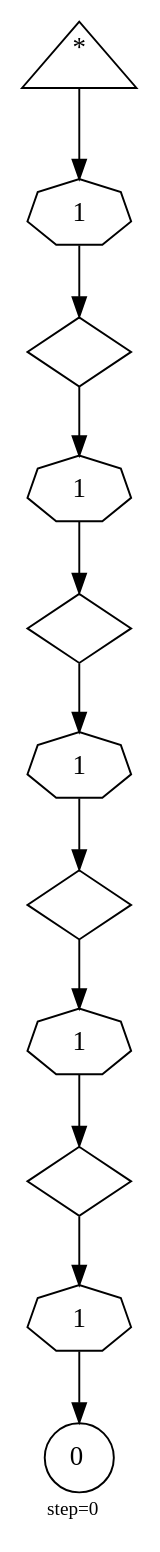
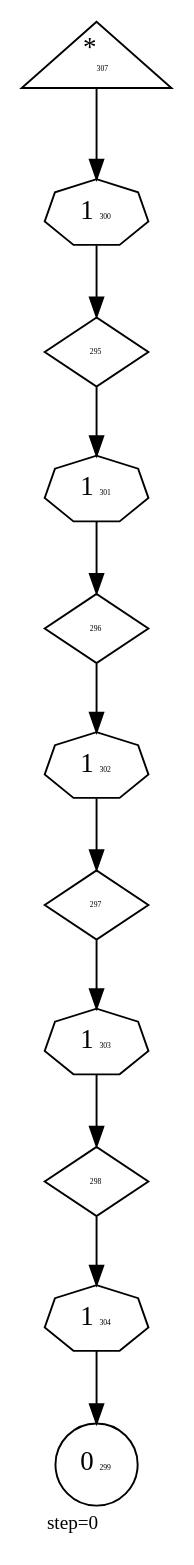
Before and after one commit to abarbu/machinations: the diagram in ours/101-objects/0040.dot, drawn with Graphviz. The commit also changed 824 other files, not shown here.

```diff
--- a/ours/101-objects/0040.dot
+++ b/ours/101-objects/0040.dot
@@ -1,24 +1,24 @@
 digraph {
   graph  [labelloc=bottom,labeljust=left,fontsize="10",label="step=0"];
-  "295" [shape=diamond,peripheries="1",label="",labelfontcolor=black,color=black];
-  "296" [shape=diamond,peripheries="1",label="",labelfontcolor=black,color=black];
-  "297" [shape=diamond,peripheries="1",label="",labelfontcolor=black,color=black];
-  "298" [shape=diamond,peripheries="1",label="",labelfontcolor=black,color=black];
-  "299" [shape=circle,peripheries="1",label=<0>,labelfontcolor=black,color=black];
-  "307" [shape=triangle,peripheries="1",label=<<SUP>*</SUP>>,labelfontcolor=black,color=black];
-  "300" [label=<1>,peripheries="1",color=black,shape=septagon];
+  "295" [shape=diamond,peripheries="1",label=<<FONT POINT-SIZE='4'>295</FONT>>,labelfontcolor=black,color=black];
+  "296" [shape=diamond,peripheries="1",label=<<FONT POINT-SIZE='4'>296</FONT>>,labelfontcolor=black,color=black];
+  "297" [shape=diamond,peripheries="1",label=<<FONT POINT-SIZE='4'>297</FONT>>,labelfontcolor=black,color=black];
+  "298" [shape=diamond,peripheries="1",label=<<FONT POINT-SIZE='4'>298</FONT>>,labelfontcolor=black,color=black];
+  "299" [shape=circle,peripheries="1",label=<0<FONT POINT-SIZE='4'>299</FONT>>,labelfontcolor=black,color=black];
+  "307" [shape=triangle,peripheries="1",label=<<SUP>*</SUP><FONT POINT-SIZE='4'>307</FONT>>,labelfontcolor=black,color=black];
+  "300" [label=<1<FONT POINT-SIZE='4'>300</FONT>>,peripheries="1",color=black,shape=septagon];
   "307" -> "300" [color=black];
   "300" -> "295" [color=black];
-  "301" [label=<1>,peripheries="1",color=black,shape=septagon];
+  "301" [label=<1<FONT POINT-SIZE='4'>301</FONT>>,peripheries="1",color=black,shape=septagon];
   "295" -> "301" [color=black];
   "301" -> "296" [color=black];
-  "302" [label=<1>,peripheries="1",color=black,shape=septagon];
+  "302" [label=<1<FONT POINT-SIZE='4'>302</FONT>>,peripheries="1",color=black,shape=septagon];
   "296" -> "302" [color=black];
   "302" -> "297" [color=black];
-  "303" [label=<1>,peripheries="1",color=black,shape=septagon];
+  "303" [label=<1<FONT POINT-SIZE='4'>303</FONT>>,peripheries="1",color=black,shape=septagon];
   "297" -> "303" [color=black];
   "303" -> "298" [color=black];
-  "304" [label=<1>,peripheries="1",color=black,shape=septagon];
+  "304" [label=<1<FONT POINT-SIZE='4'>304</FONT>>,peripheries="1",color=black,shape=septagon];
   "298" -> "304" [color=black];
   "304" -> "299" [color=black];
 }
```
